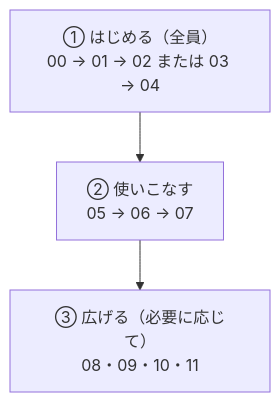
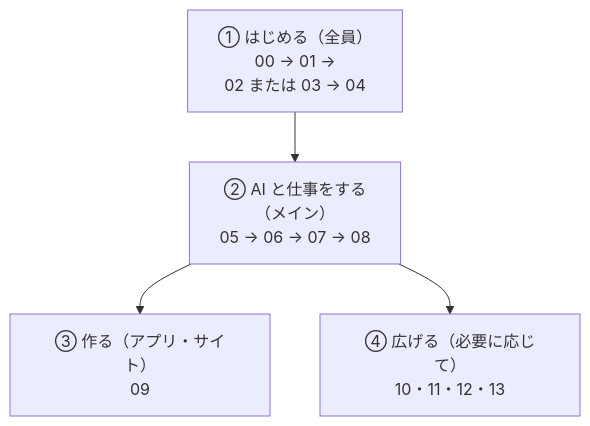
Before and after one commit to fujitamasayoshi0402/ai-dev-setup: the diagram in README.md, drawn with Mermaid. The commit also changed other lines of this file and 70 other files, not shown here.

````diff
--- a/README.md
+++ b/README.md
@@ -11,7 +26,10 @@
 ```mermaid
 flowchart TD
-    s1["① はじめる（全員）<br>00 → 01 → 02 または 03 → 04"]
-    s2["② 使いこなす<br>05 → 06 → 07"]
-    s3["③ 広げる（必要に応じて）<br>08・09・10・11"]
-    s1 --> s2 --> s3
+    s1["① はじめる（全員）<br>00 → 01 →<br>02 または 03 → 04"]
+    s2["② AI と仕事をする<br>（メイン）<br>05 → 06 → 07 → 08"]
+    s3["③ 作る（アプリ・サイト）<br>09"]
+    s4["④ 広げる（必要に応じて）<br>10・11・12・13"]
+    s1 --> s2
+    s2 --> s3
+    s2 --> s4
 ```
````
